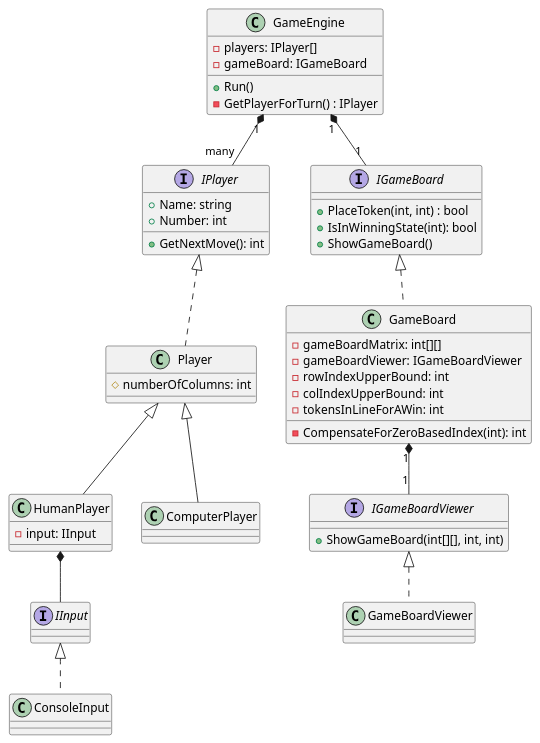
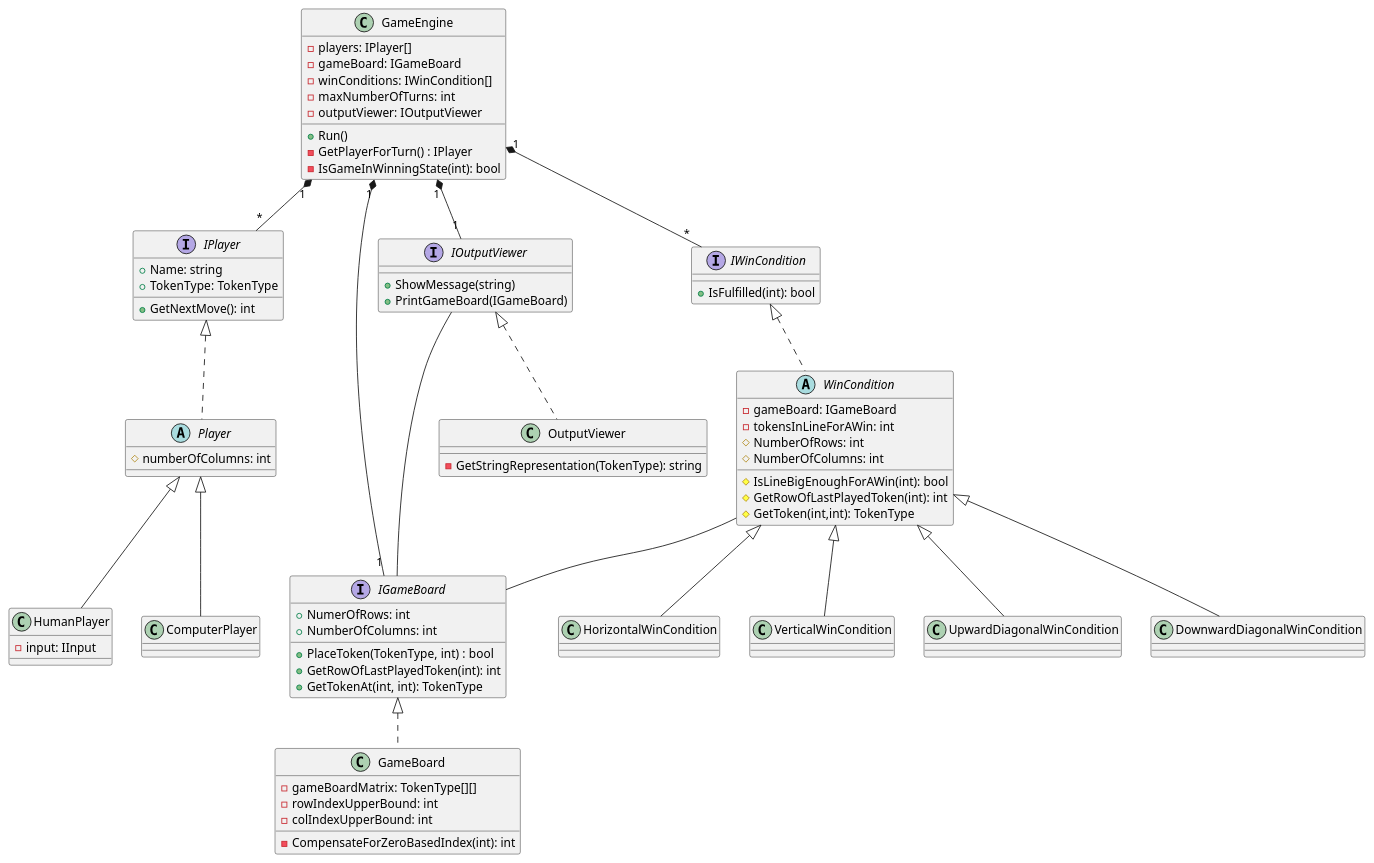
One commit to Lee245/ConnectFour changed the diagram in umldiagram.wsd. Above: the diagram before and after it, drawn with PlantUML. The commit also changed 2 other files, not shown here.

```diff
--- a/umldiagram.wsd
+++ b/umldiagram.wsd
@@ -1,63 +1,98 @@
 @startuml ConnectFour
 
 class GameEngine {
     -players: IPlayer[]
     -gameBoard: IGameBoard
+    -winConditions: IWinCondition[]
+    -maxNumberOfTurns: int
+    -outputViewer: IOutputViewer
     +Run()
     -GetPlayerForTurn() : IPlayer
+    -IsGameInWinningState(int): bool
 }
 
+' Players
 interface IPlayer {
     +Name: string
-    +Number: int
+    +TokenType: TokenType
     +GetNextMove(): int
 }
-class Player {
+abstract Player {
     #numberOfColumns: int
 }
 class HumanPlayer {
     -input: IInput
 }
 class ComputerPlayer
-interface IInput
-class ConsoleInput
 
+' Gameboard
 interface IGameBoard {
-    +PlaceToken(int, int) : bool
-    +IsInWinningState(int): bool
-    +ShowGameBoard()
+    +NumerOfRows: int
+    +NumberOfColumns: int
+    +PlaceToken(TokenType, int) : bool
+    +GetRowOfLastPlayedToken(int): int
+    +GetTokenAt(int, int): TokenType
 }
 
 class GameBoard {
-    -gameBoardMatrix: int[][]
-    -gameBoardViewer: IGameBoardViewer
+    -gameBoardMatrix: TokenType[][]
     -rowIndexUpperBound: int
     -colIndexUpperBound: int
-    -tokensInLineForAWin: int
     -CompensateForZeroBasedIndex(int): int
 }
 
-interface IGameBoardViewer {
-    +ShowGameBoard(int[][], int, int)
+' Output
+interface IOutputViewer {
+    +ShowMessage(string)
+    +PrintGameBoard(IGameBoard)
 }
 
-class GameBoardViewer {
+class OutputViewer {
+    -GetStringRepresentation(TokenType): string
 }
 
-GameEngine "1" *-- "many" IPlayer
+' WinCondition
+interface IWinCondition {
+    +IsFulfilled(int): bool
+}
 
-IPlayer <|.. Player
+abstract WinCondition {
+    -gameBoard: IGameBoard
+    -tokensInLineForAWin: int
+    #NumberOfRows: int
+    #NumberOfColumns: int
+    #IsLineBigEnoughForAWin(int): bool
+    #GetRowOfLastPlayedToken(int): int
+    #GetToken(int,int): TokenType
+}
 
-Player <|-- HumanPlayer
-Player <|-- ComputerPlayer
+class HorizontalWinCondition
+class VerticalWinCondition
+class UpwardDiagonalWinCondition
+class DownwardDiagonalWinCondition
 
-HumanPlayer *-- IInput
-IInput <|.. ConsoleInput
+' Relations
+
+GameEngine "1" *-- "*" IPlayer
+GameEngine "1" *-- "*" IWinCondition
+GameEngine "1" *-- "1" IOutputViewer
 
 GameEngine "1" *-- "1" IGameBoard
 IGameBoard <|.. GameBoard
 
-GameBoard "1" *-- "1" IGameBoardViewer
-IGameBoardViewer <|.. GameBoardViewer
+IWinCondition <|.. WinCondition
+WinCondition <|-- HorizontalWinCondition
+WinCondition <|-- VerticalWinCondition
+WinCondition <|-- UpwardDiagonalWinCondition
+WinCondition <|-- DownwardDiagonalWinCondition
+
+WinCondition -- IGameBoard
+
+IOutputViewer <|.. OutputViewer
+IOutputViewer -- IGameBoard
+
+IPlayer <|.. Player
+Player <|-- HumanPlayer
+Player <|-- ComputerPlayer
 
 @enduml
```
